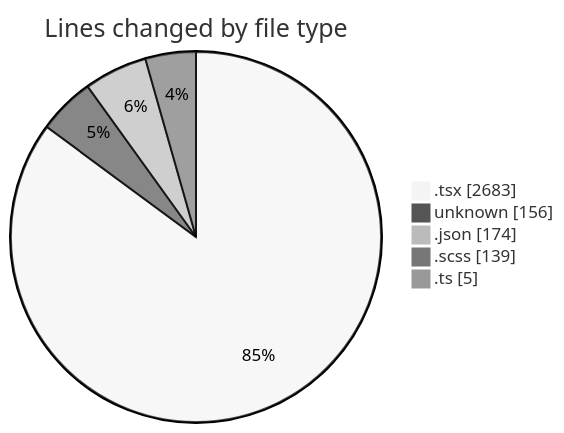
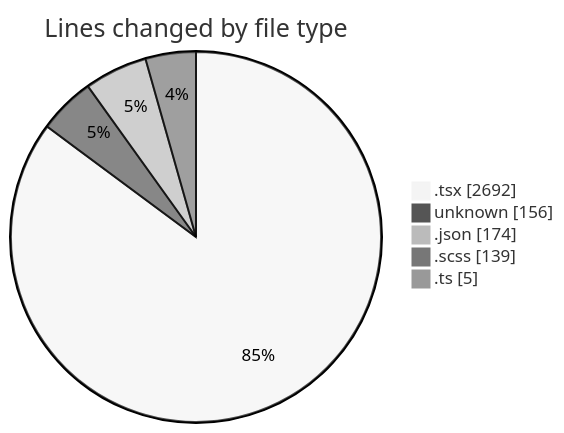
Before and after one commit to momahboobian/code-tracking: the first of 2 diagrams in 2026-09-28/cda/README.md, drawn with Mermaid (neutral theme). The commit also changed other lines of this file and 1 other file, not shown here.

````diff
--- a/2026-09-28/cda/README.md
+++ b/2026-09-28/cda/README.md
@@ -34,9 +34,9 @@
 ```mermaid
 pie showData
 title Lines changed by file type
-".tsx" : 2683
+".tsx" : 2692
 "unknown" : 156
 ".json" : 174
 ".scss" : 139
 ".ts" : 5
 ```
````
